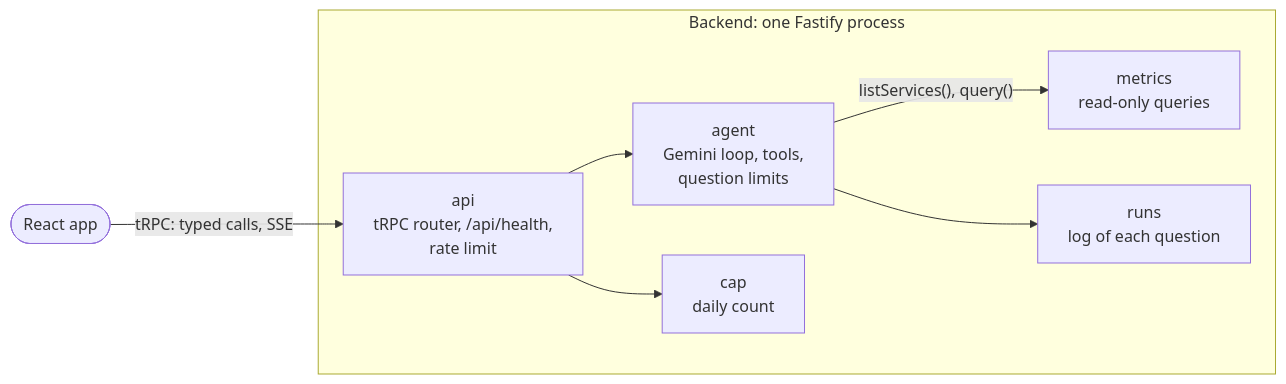
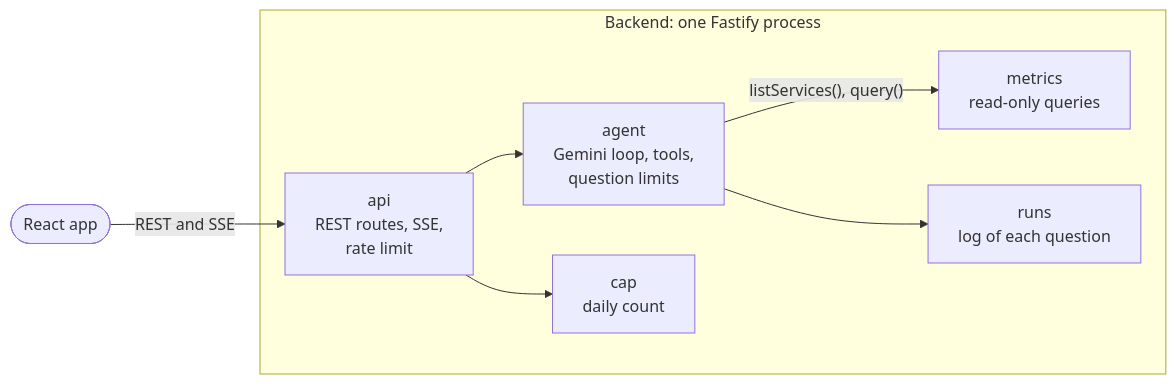
One commit to vovadyach/dashgen changed the third of 8 diagrams in docs/design.md. Above: the diagram before and after it, drawn with Mermaid. The commit also changed other lines of this file and 8 other files, not shown here.

Commit message:
docs: REST and SSE instead of tRPC (ADR-0011)

````diff
--- a/docs/design.md
+++ b/docs/design.md
@@ -157,18 +157,18 @@
 ```mermaid
 flowchart LR
     page(["React app"])
 
     subgraph backend ["Backend: one Fastify process"]
-        api["api<br/>tRPC router, /api/health,<br/>rate limit"]
+        api["api<br/>REST routes, SSE,<br/>rate limit"]
         agent["agent<br/>Gemini loop, tools,<br/>question limits"]
         metrics["metrics<br/>read-only queries"]
         runs["runs<br/>log of each question"]
         cap["cap<br/>daily count"]
     end
 
-    page -->|"tRPC: typed calls, SSE"| api
+    page -->|"REST and SSE"| api
     api --> agent
     agent -->|"listServices(), query()"| metrics
     agent --> runs
     api --> cap
 ```
````
